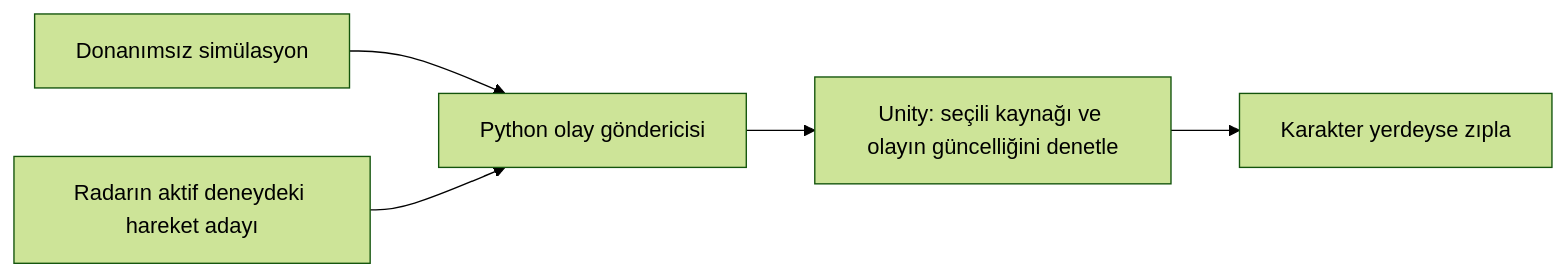
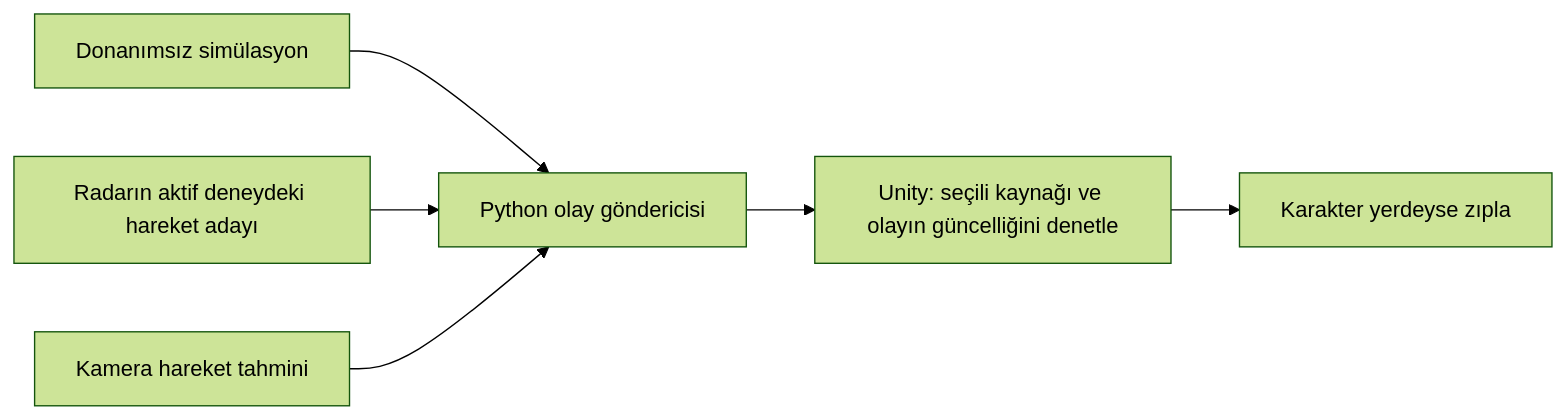
One commit to dilanur-koc/JumpDetection-Python changed the diagram in docs/game-input-contract.md. Above: the diagram before and after it, drawn with Mermaid (forest theme). The commit also changed other lines of this file and 17 other files, not shown here.

````diff
--- a/docs/game-input-contract.md
+++ b/docs/game-input-contract.md
@@ -7,7 +7,8 @@
 ```mermaid
 flowchart LR
   S[Donanımsız simülasyon] --> P[Python olay göndericisi]
   R[Radarın aktif deneydeki hareket adayı] --> P
+  C[Kamera hareket tahmini] --> P
   P --> U[Unity: seçili kaynağı ve olayın güncelliğini denetle]
   U --> G[Karakter yerdeyse zıpla]
 ```
````
